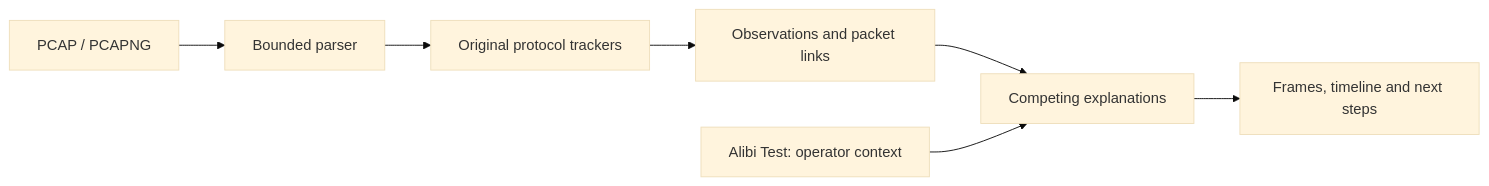
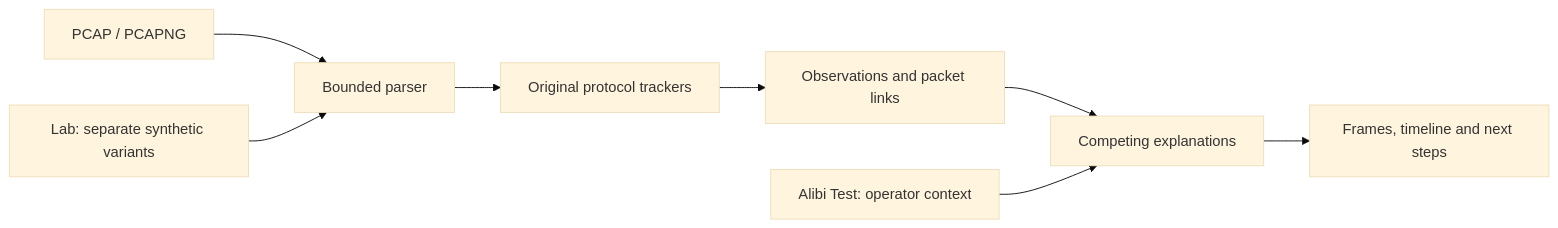
The diagram in README.md (ArpitKrSingh7/causalPacket), drawn with Mermaid (base theme) before and after one commit. The commit also changed other lines of this file and 4 other files, not shown here.

````diff
--- a/README.md
+++ b/README.md
@@ -77,9 +92,10 @@
 ```mermaid
 flowchart LR
     A[PCAP / PCAPNG] --> B[Bounded parser]
     B --> C[Original protocol trackers]
     C --> D[Observations and packet links]
     D --> E[Competing explanations]
     F[Alibi Test: operator context] --> E
+    H[Lab: separate synthetic variants] --> B
     E --> G[Frames, timeline and next steps]
 ```
````
